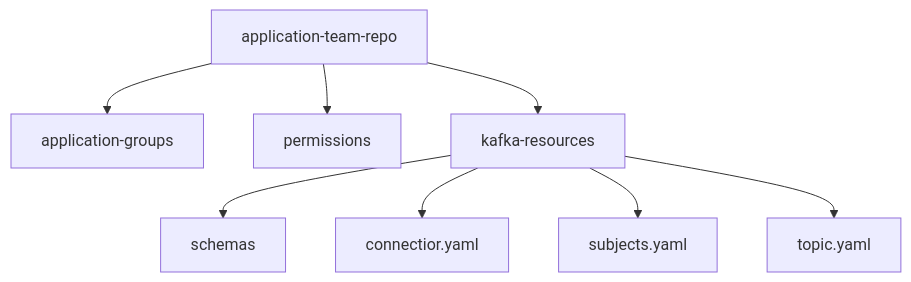
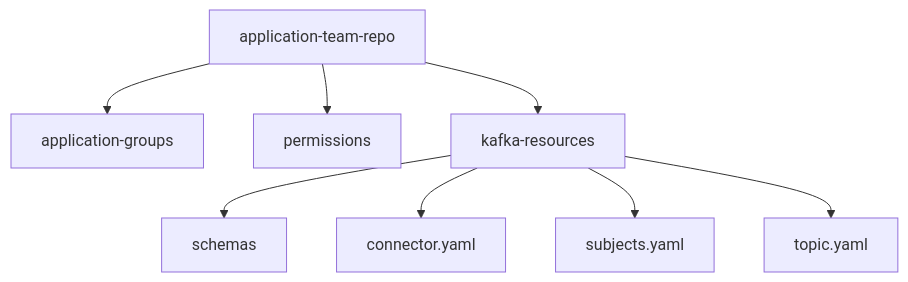
One commit to conduktor/conduktor-docs changed the second of 2 diagrams in docs/platform/guides/self-service-quickstart.md. Above: the diagram before and after it, drawn with Mermaid. The commit also changed other lines of this file, not shown here.

````diff
--- a/docs/platform/guides/self-service-quickstart.md
+++ b/docs/platform/guides/self-service-quickstart.md
@@ -66,11 +66,11 @@
 ```mermaid
 graph TD;
     A[application-team-repo] 
     A --> B[application-groups]
     A --> D[permissions]
     A --> C[kafka-resources]
     C --> E[schemas]
-    C --> F[connectior.yaml]
+    C --> F[connector.yaml]
     C --> G[subjects.yaml]
     C --> H[topic.yaml]
 ```
````
